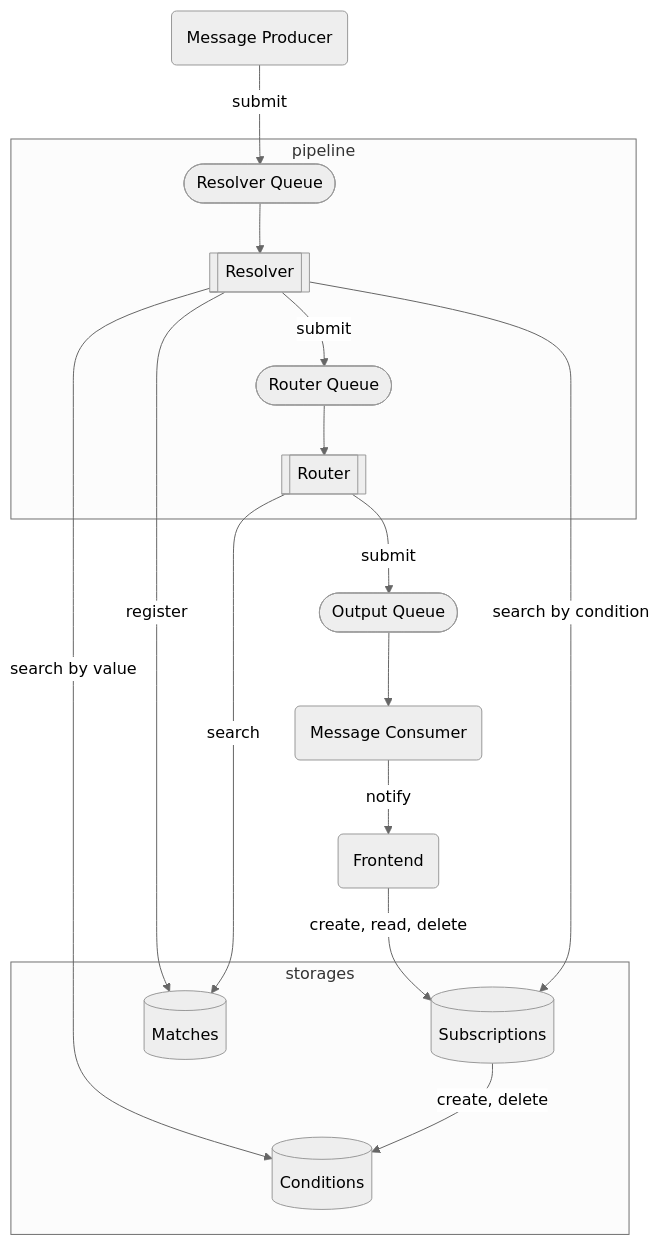
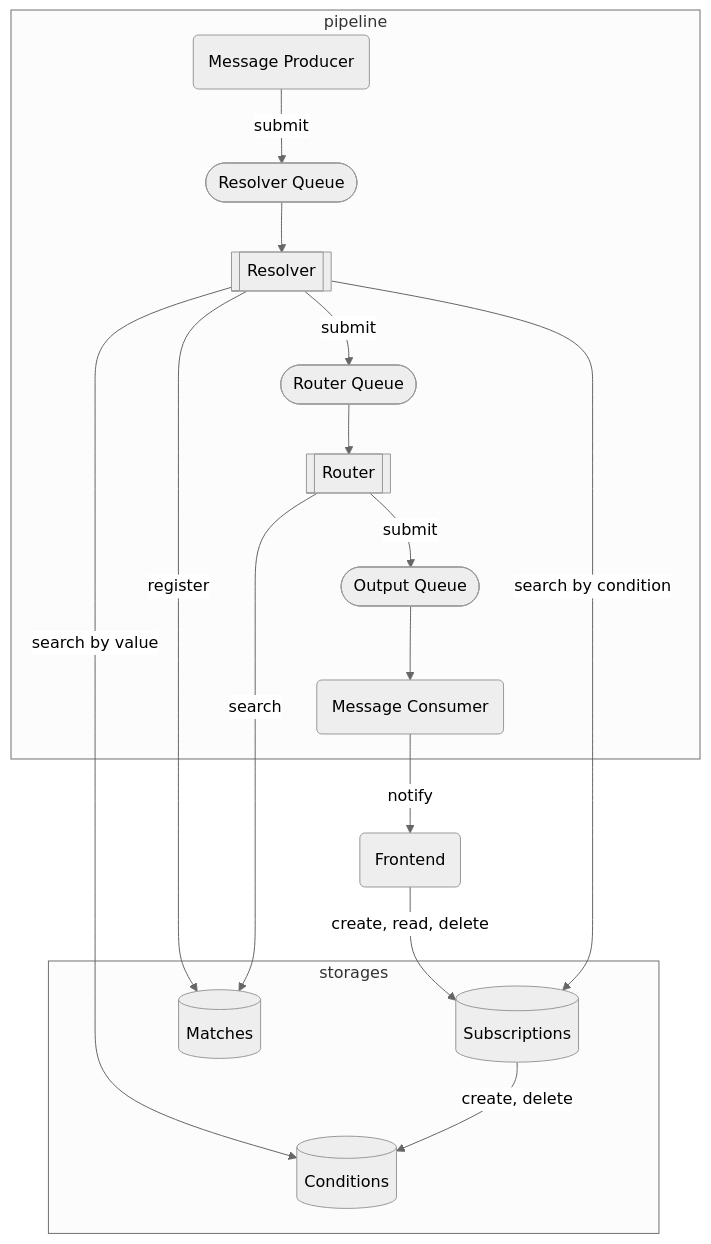
One commit to awakari/.github changed the second of 2 diagrams in profile/README.md. Above: the diagram before and after it, drawn with Mermaid.

````diff
--- a/profile/README.md
+++ b/profile/README.md
@@ -161,26 +161,26 @@
 ```mermaid
 %%{init: {'theme': 'neutral' } }%%
 flowchart TB
     subgraph storages
         conditions[(Conditions)]
         subscriptions[(Subscriptions)]
         matches[(Matches)]
     end
     subgraph pipeline
+        outputQueue([Output Queue])
         resolverQueue([Resolver Queue])
         resolver[[Resolver]]
         routerQueue([Router Queue])
         router[[Router]]
+        producer(Message Producer)
+        consumer(Message Consumer)
     end
-    producer(Message Producer)
-    outputQueue([Output Queue])
-    consumer(Message Consumer)
     frontend(Frontend) -->|create, read, delete| subscriptions
     producer -->|submit| resolverQueue
     resolver -->|search by value| conditions
     resolver --> |search by condition| subscriptions
     resolver --> |register| matches
     subscriptions --> |create, delete| conditions
     router --> |search| matches
     resolverQueue --> resolver -->|submit| routerQueue --> router -->|submit| outputQueue --> consumer -->|notify| frontend
 ```
````
